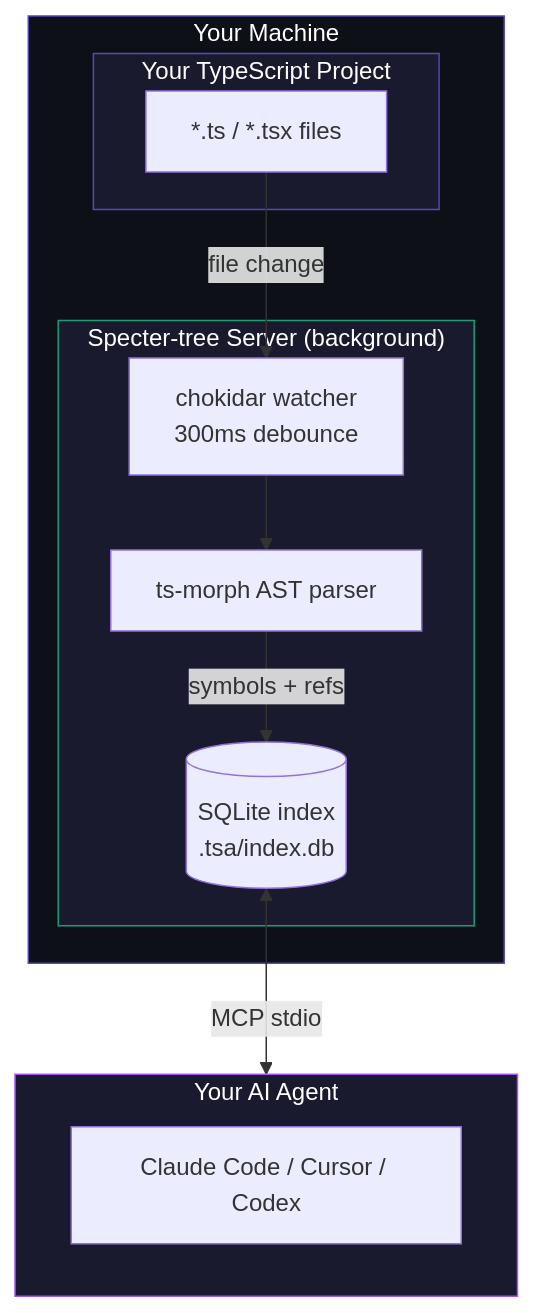
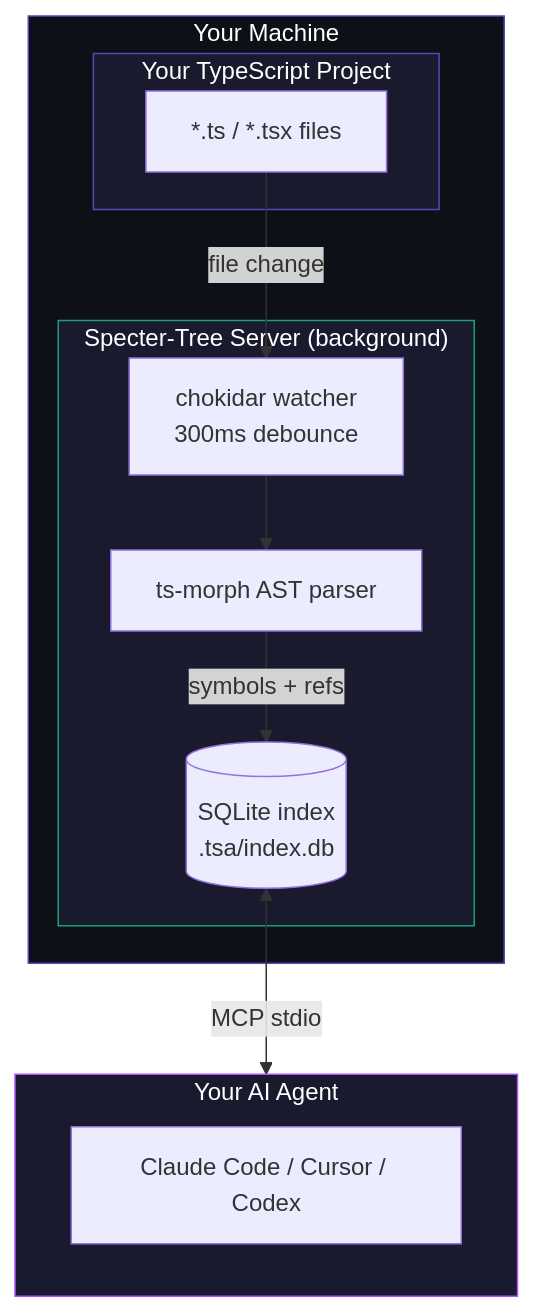
Before and after one commit to DinoQuinten/specter-tree: the first of 2 diagrams in README.md, drawn with Mermaid. The commit also changed other lines of this file, not shown here.

````diff
--- a/README.md
+++ b/README.md
@@ -218,28 +224,28 @@
 ```mermaid
 flowchart TB
     subgraph YourMachine["Your Machine"]
         subgraph Project["Your TypeScript Project"]
             FS["*.ts / *.tsx files"]
         end
 
-        subgraph Server["Specter-tree Server (background)"]
+        subgraph Server["Specter-Tree Server (background)"]
             CK["chokidar watcher\n300ms debounce"]
             PM["ts-morph AST parser"]
             DB[("SQLite index\n.tsa/index.db")]
         end
     end
 
     subgraph Agent["Your AI Agent"]
         CC["Claude Code / Cursor / Codex"]
     end
 
     FS -->|file change| CK
     CK --> PM
     PM -->|symbols + refs| DB
     DB <-->|MCP stdio| Agent
 
     style YourMachine fill:#0d1117,stroke:#534AB7,color:#fff
     style Project fill:#1a1a2e,stroke:#534AB7,color:#fff
     style Server fill:#1a1a2e,stroke:#1D9E75,color:#fff
     style Agent fill:#1a1a2e,stroke:#a855f7,color:#fff
 ```
````
